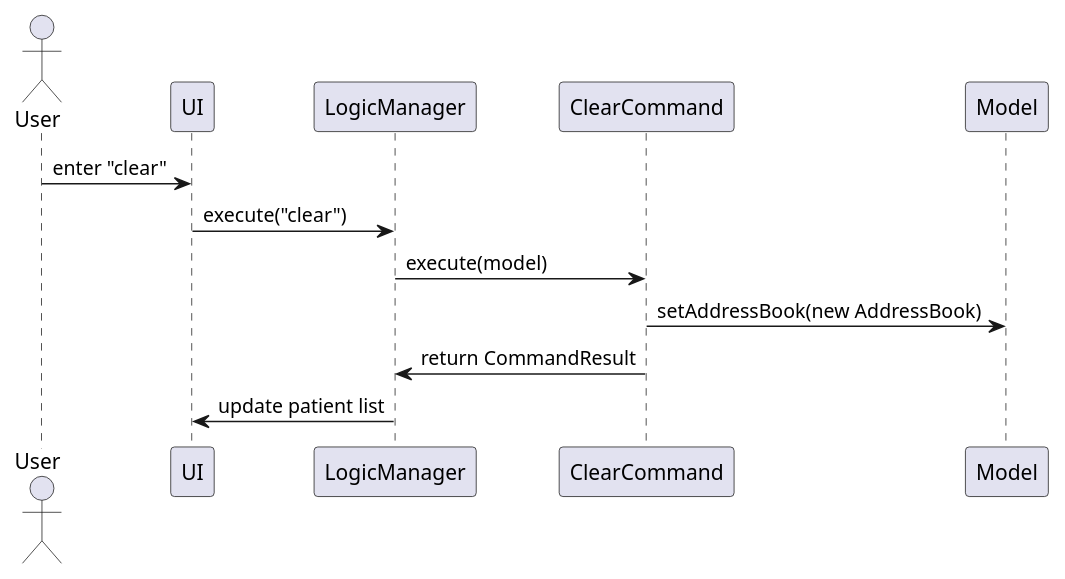
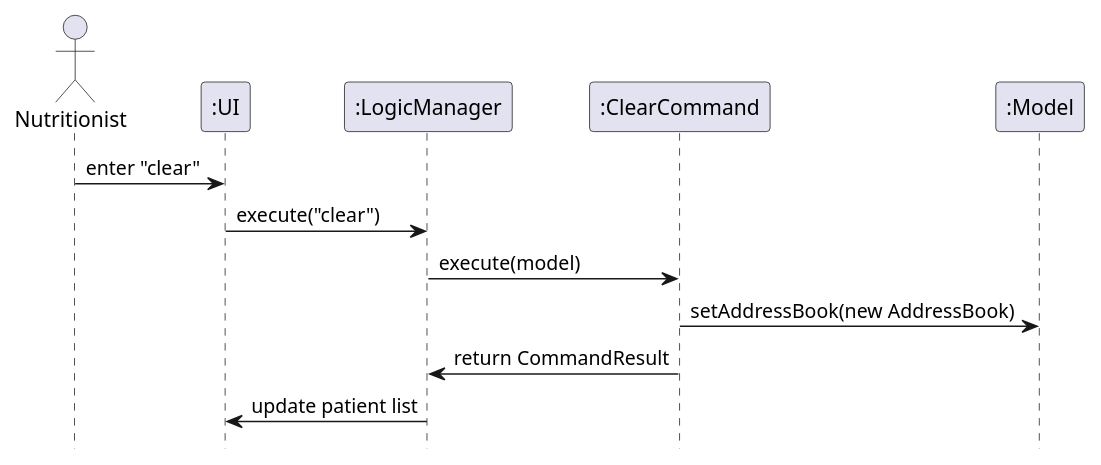
Before and after one commit to NoahKoh/tp: the diagram in diagrams/ClearCommandSequenceDiagram.puml, drawn with PlantUML. The commit also changed 32 other files, not shown here.

```diff
--- a/diagrams/ClearCommandSequenceDiagram.puml
+++ b/diagrams/ClearCommandSequenceDiagram.puml
@@ -1,14 +1,16 @@
 @startuml
-actor User
-participant UI
-participant LogicManager
-participant ClearCommand
-participant Model
+actor Nutritionist
+participant ":UI" as UI
+participant ":LogicManager" as LogicManager
+participant ":ClearCommand" as ClearCommand
+participant ":Model" as Model
 
-User -> UI : enter "clear"
+Nutritionist -> UI : enter "clear"
 UI -> LogicManager : execute("clear")
 LogicManager -> ClearCommand : execute(model)
 ClearCommand -> Model : setAddressBook(new AddressBook)
 ClearCommand -> LogicManager : return CommandResult
 LogicManager -> UI : update patient list
+
+hide footbox
 @enduml
```
